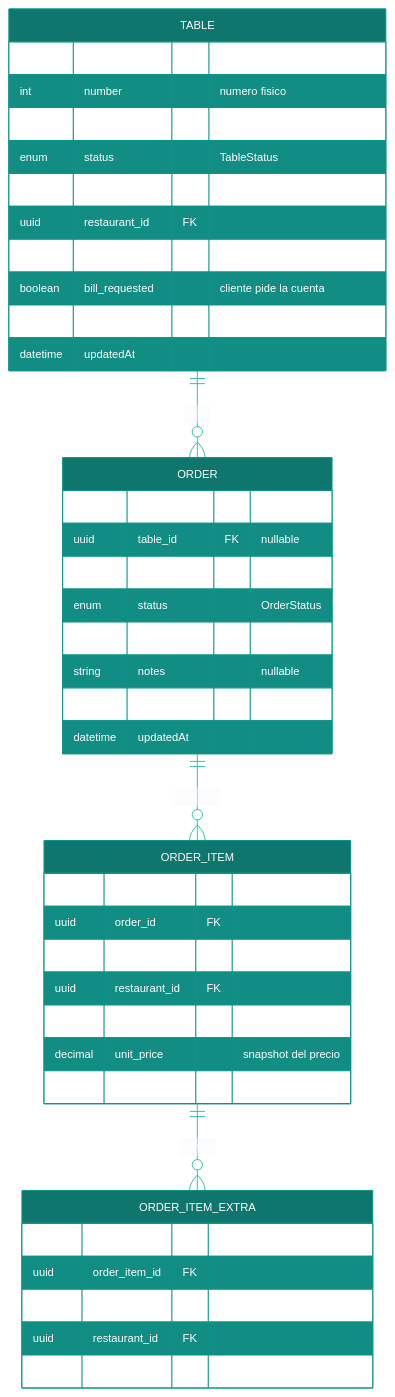
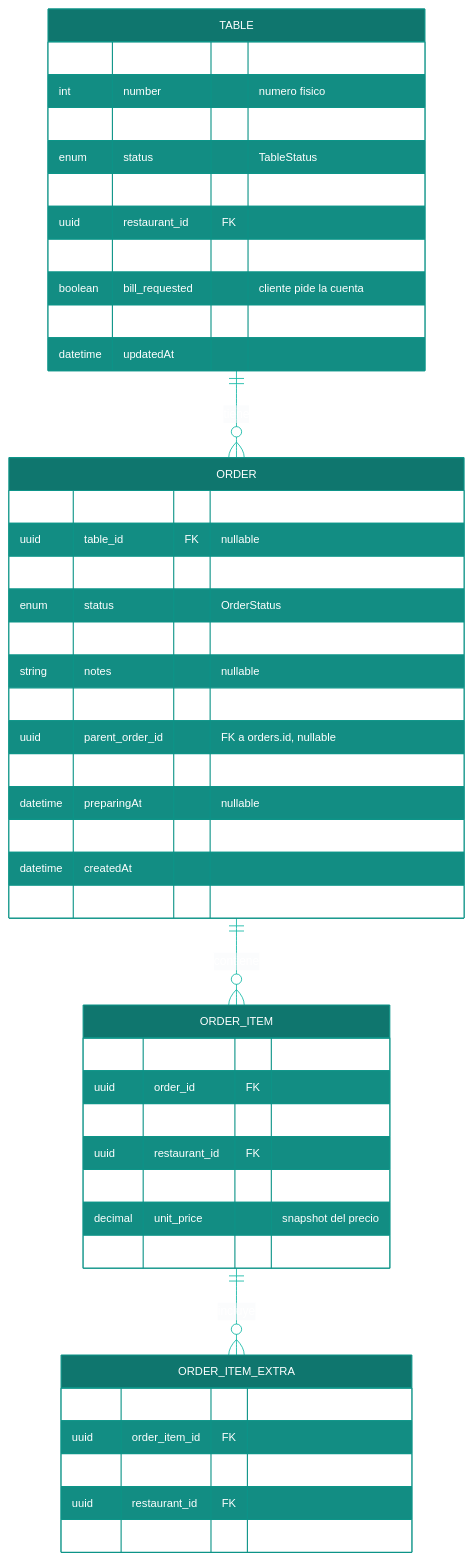
One commit to Hctr2002/Software-Restaurantes changed the second of 4 diagrams in Documentacion/DATABASE_SCHEMA.md. Above: the diagram before and after it, drawn with Mermaid. The commit also changed other lines of this file and 9 other files, not shown here.

````diff
--- a/Documentacion/DATABASE_SCHEMA.md
+++ b/Documentacion/DATABASE_SCHEMA.md
@@ -88,61 +88,66 @@
 ```mermaid
 %%{init: {
   'theme': 'base',
   'themeVariables': {
     'primaryColor': '#0f766e',
     'primaryTextColor': '#ffffff',
     'primaryBorderColor': '#0d9488',
     'lineColor': '#14b8a6',
     'secondaryColor': '#6366f1',
     'tertiaryColor': '#f8fafc',
     'fontFamily': 'Inter, sans-serif',
     'fontSize': '13px'
   }
 }}%%
 erDiagram
     TABLE ||--o{ ORDER : "tiene"
     ORDER ||--o{ ORDER_ITEM : "contiene"
     ORDER_ITEM ||--o{ ORDER_ITEM_EXTRA : "incluye"
 
     TABLE {
         uuid id PK
         int number "numero fisico"
         string label "nullable, nombre personalizado"
         enum status "TableStatus"
         string qr_data UK "token para Customer Portal"
         uuid restaurant_id FK
         boolean help_requested "cliente pide asistencia"
         boolean bill_requested "cliente pide la cuenta"
         datetime createdAt
         datetime updatedAt
     }
 
     ORDER {
         uuid id PK
         uuid table_id FK "nullable"
         uuid restaurant_id FK
         enum status "OrderStatus"
         decimal total_amount
         string notes "nullable"
+        text station "KITCHEN o BAR, nullable para pedidos legacy"
+        uuid parent_order_id "FK a orders.id, nullable"
+        datetime validatedAt "nullable"
+        datetime preparingAt "nullable"
+        datetime readyAt "nullable"
         datetime createdAt
         datetime updatedAt
     }
 
     ORDER_ITEM {
         uuid id PK
         uuid order_id FK
         uuid menu_item_id FK
         uuid restaurant_id FK
         int quantity
         decimal unit_price "snapshot del precio"
         string notes "nullable"
     }
 
     ORDER_ITEM_EXTRA {
         uuid id PK
         uuid order_item_id FK
         uuid extra_id FK
         uuid restaurant_id FK
         decimal price "snapshot del precio del extra"
     }
 ```
````
